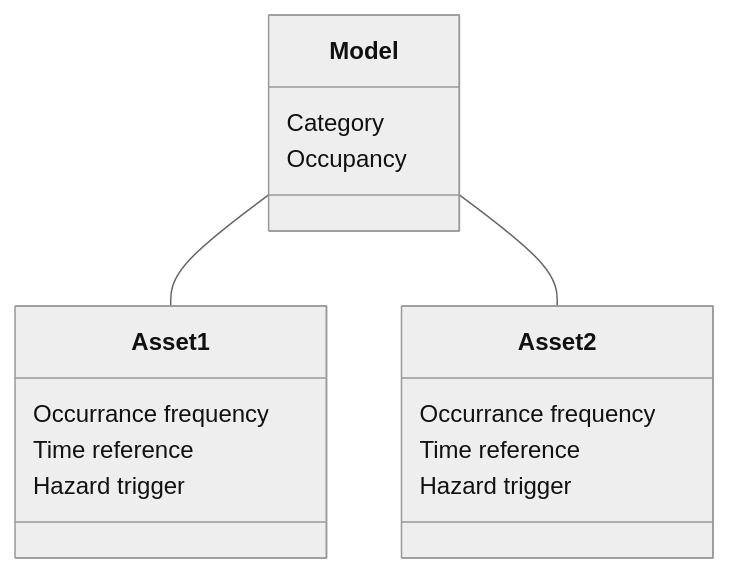
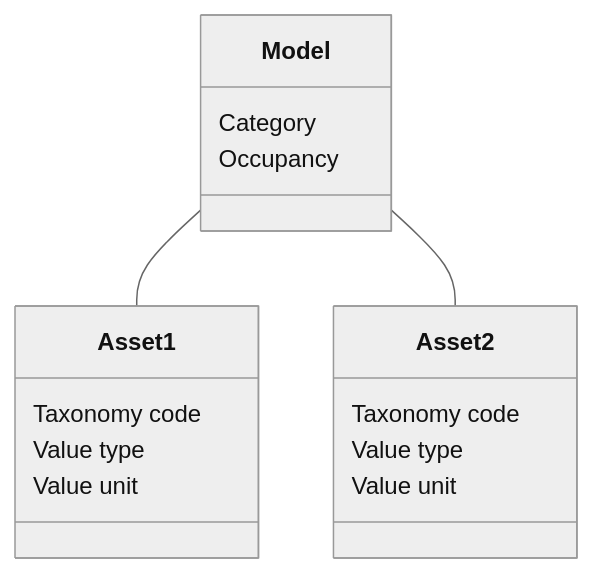
The diagram in docs/exposure.md (GFDRR/rdl-docs), drawn with Mermaid (neutral theme) before and after one commit. The commit also changed other lines of this file and 7 other files, not shown here.

````diff
--- a/docs/exposure.md
+++ b/docs/exposure.md
@@ -7,17 +6,17 @@
 ```mermaid
 classDiagram
     Model -- Asset1
     Model -- Asset2
     Model: Category
     Model: Occupancy
     class Asset1{
-      Occurrance frequency
-      Time reference
-      Hazard trigger
+      Taxonomy code
+      Value type
+      Value unit
     }
     class Asset2{
-      Occurrance frequency
-      Time reference
-      Hazard trigger
+      Taxonomy code
+      Value type
+      Value unit
     }
 ```
````
